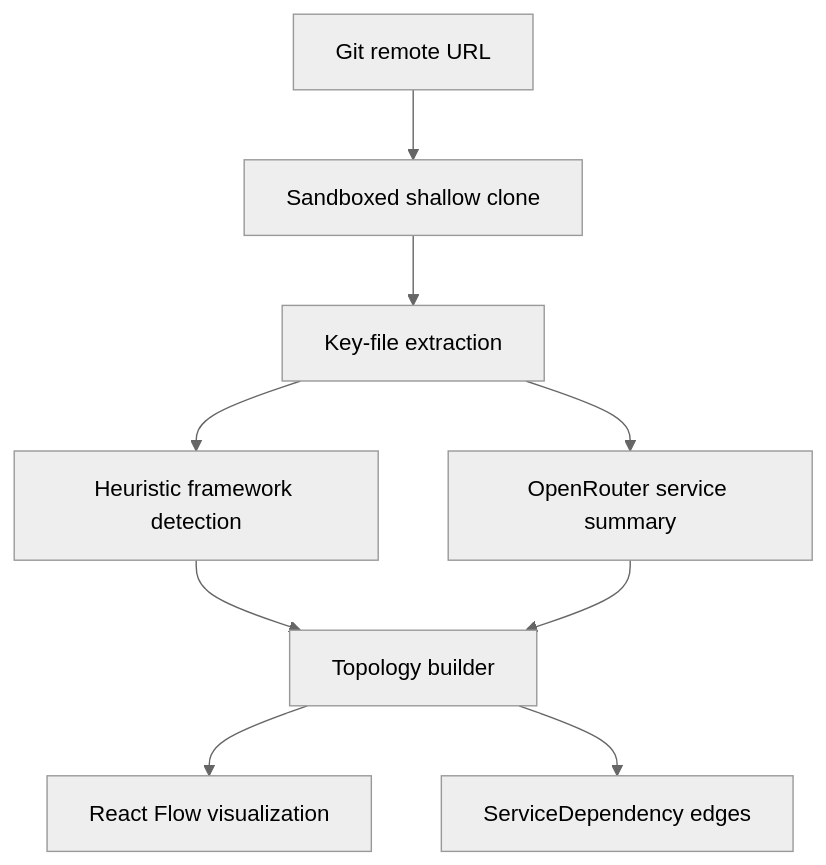
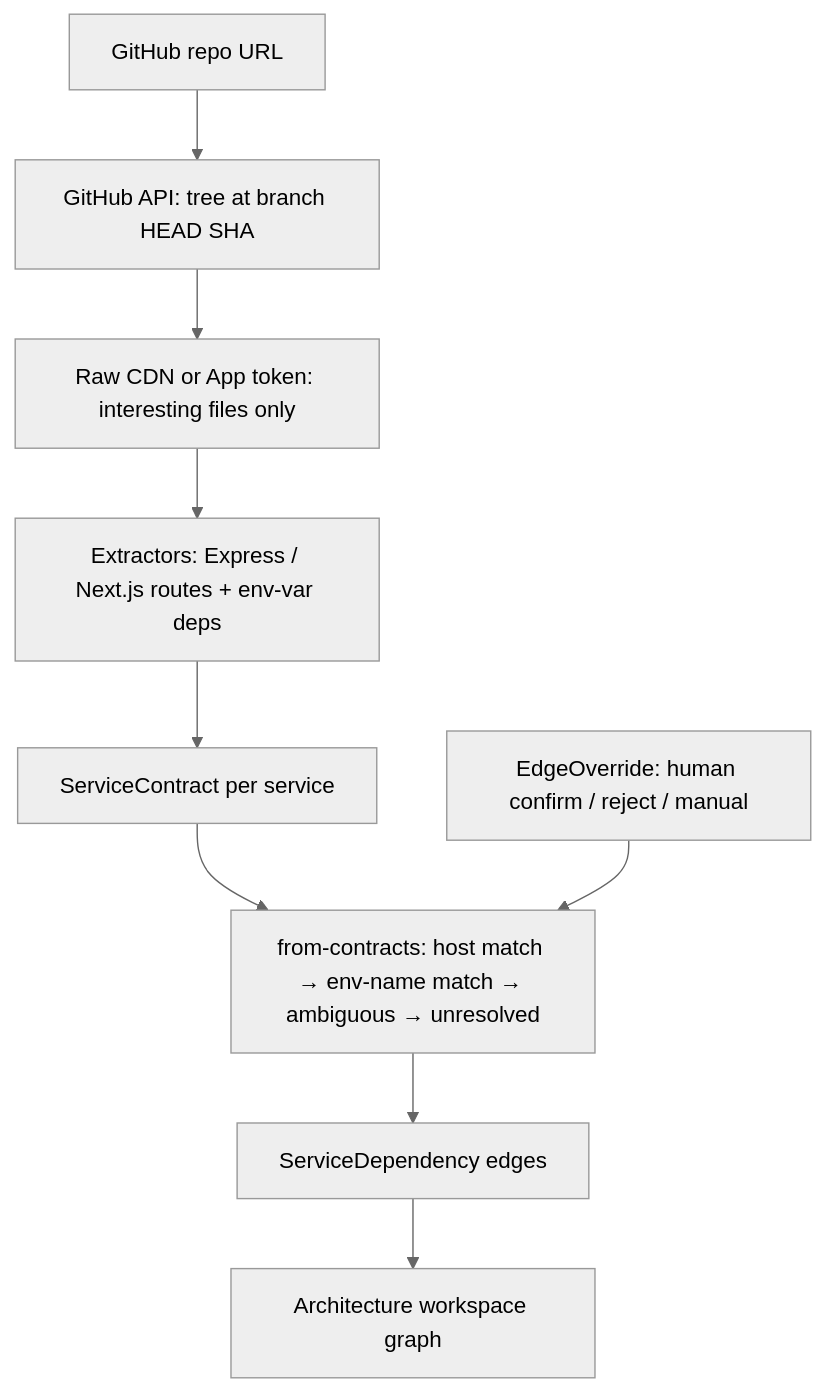
One commit to Abhishek-Mallick/ServiceLens changed the seventh of 8 diagrams in docs/architecture.md. Above: the diagram before and after it, drawn with Mermaid (neutral theme). The commit also changed other lines of this file and 104 other files, not shown here.

````diff
--- a/docs/architecture.md
+++ b/docs/architecture.md
@@ -243,10 +243,11 @@
 ```mermaid
 flowchart TB
-  Repo[Git remote URL] --> Clone[Sandboxed shallow clone]
-  Clone --> Extract[Key-file extraction]
-  Extract --> Heuristic[Heuristic framework detection]
-  Extract --> LLM[OpenRouter service summary]
-  Heuristic & LLM --> Graph[Topology builder]
-  Graph --> RF[React Flow visualization]
-  Graph --> Deps[ServiceDependency edges]
+  Repo[GitHub repo URL] --> Tree[GitHub API: tree at branch HEAD SHA]
+  Tree --> Files[Raw CDN or App token: interesting files only]
+  Files --> Extract[Extractors: Express / Next.js routes + env-var deps]
+  Extract --> Contract[ServiceContract per service]
+  Contract --> Derive[from-contracts: host match → env-name match → ambiguous → unresolved]
+  Overrides[EdgeOverride: human confirm / reject / manual] --> Derive
+  Derive --> Deps[ServiceDependency edges]
+  Deps --> Workspace[Architecture workspace graph]
 ```
````
